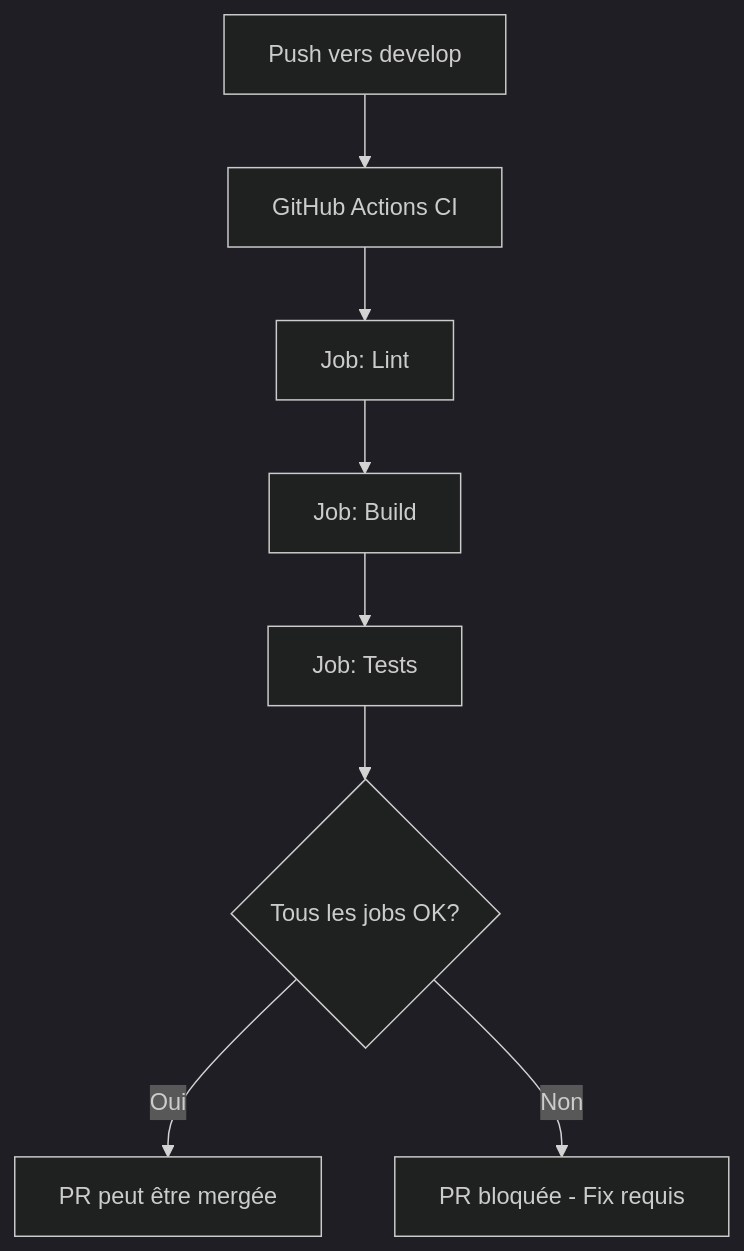
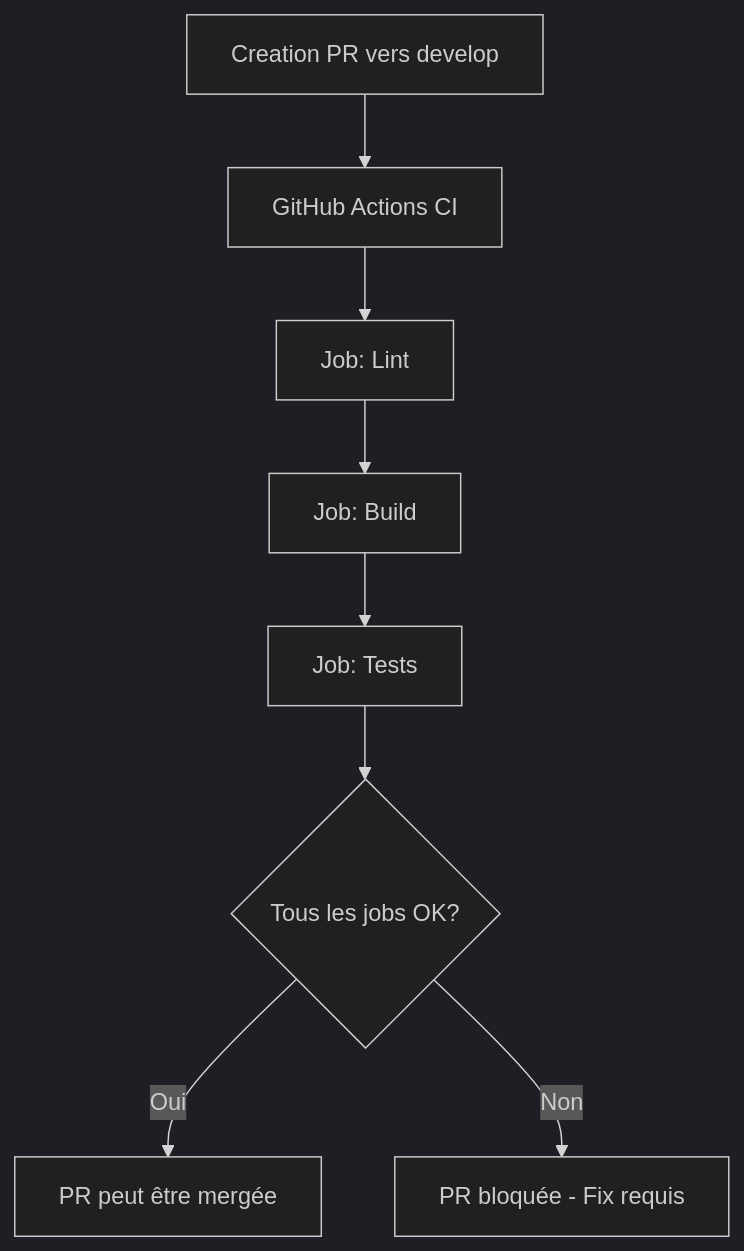
The first of 3 diagrams in docs/ci-cd-flow.md (Netsbump/dropit), drawn with Mermaid (dark theme) before and after one commit. The commit also changed other lines of this file and 1 other file, not shown here.

Commit message:
📝 docs : add ci-cd and workout-creation-flow docs

````diff
--- a/docs/ci-cd-flow.md
+++ b/docs/ci-cd-flow.md
@@ -38,10 +38,10 @@
 ```mermaid
 graph TD
-    A[Push vers develop] --> B[GitHub Actions CI]
+    A[Creation PR vers develop] --> B[GitHub Actions CI]
     B --> C[Job: Lint]
     C --> D[Job: Build]
     D --> E[Job: Tests]
     E --> F{Tous les jobs OK?}
     F -->|Oui| G[PR peut être mergée]
     F -->|Non| H[PR bloquée - Fix requis]
 ```
````
